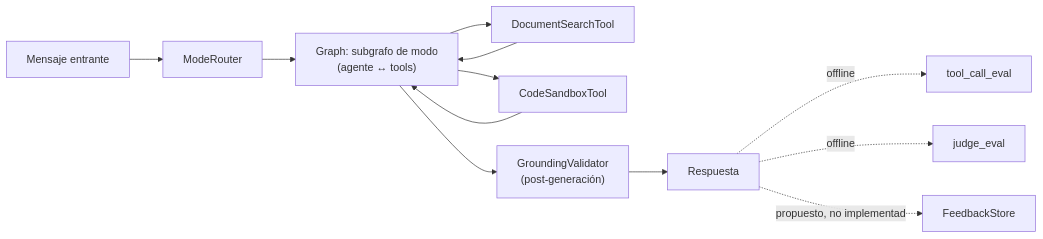
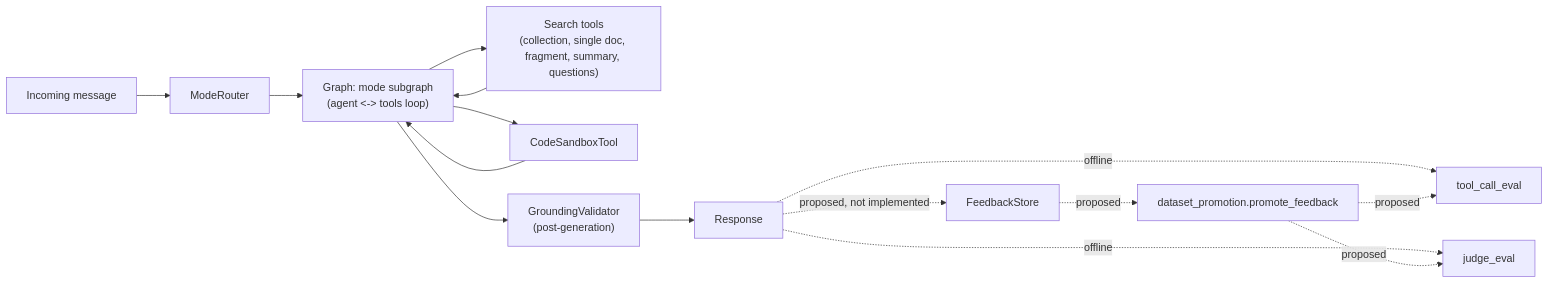
The second of 2 diagrams in docs/architecture.md (josefinasolisb/rag-agent-blueprint), drawn with Mermaid before and after one commit. The commit also changed other lines of this file and 85 other files, not shown here.

````diff
--- a/docs/architecture.md
+++ b/docs/architecture.md
@@ -22,12 +23,15 @@
 ```mermaid
 flowchart LR
-    Q[Mensaje entrante] --> R["ModeRouter"]
-    R --> G["Graph: subgrafo de modo\n(agente ↔ tools)"]
-    G --> S["DocumentSearchTool"] --> G
+    Q[Incoming message] --> R["ModeRouter"]
+    R --> G["Graph: mode subgraph\n(agent <-> tools loop)"]
+    G --> S["Search tools\n(collection, single doc, fragment, summary, questions)"] --> G
     G --> X["CodeSandboxTool"] --> G
-    G --> GR["GroundingValidator\n(post-generación)"]
-    GR --> RESP[Respuesta]
+    G --> GR["GroundingValidator\n(post-generation)"]
+    GR --> RESP[Response]
     RESP -.offline.-> EV1[tool_call_eval]
     RESP -.offline.-> EV2[judge_eval]
-    RESP -.propuesto, no implementado.-> FB[FeedbackStore]
+    RESP -.proposed, not implemented.-> FB[FeedbackStore]
+    FB -.proposed.-> PR["dataset_promotion.promote_feedback"]
+    PR -.proposed.-> EV1
+    PR -.proposed.-> EV2
 ```
````
